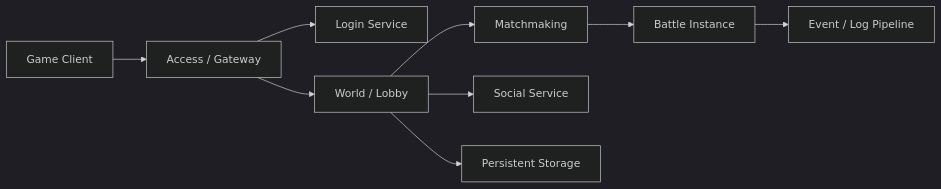
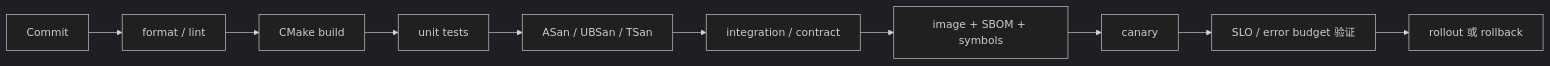
Before and after one commit to Fizgrad/fizgrad.github.io: the tenth of 11 diagrams in blog/cpp_backend.md, drawn with Mermaid (dark theme). The commit also changed other lines of this file and 1 other file, not shown here.

````diff
--- a/blog/cpp_backend.md
+++ b/blog/cpp_backend.md
@@ -2305,11 +1427,12 @@
 ```mermaid
 flowchart LR
-    C["Game Client"] --> A["Access / Gateway"]
-    A --> L["Login Service"]
-    A --> W["World / Lobby"]
-    W --> M["Matchmaking"]
-    M --> B["Battle Instance"]
-    W --> S["Social Service"]
-    W --> DB["Persistent Storage"]
-    B --> MQ["Event / Log Pipeline"]
+    COMMIT["Commit"] --> FORMAT["format / lint"]
+    FORMAT --> BUILD["CMake build"]
+    BUILD --> UNIT["unit tests"]
+    UNIT --> SAN["ASan / UBSan / TSan"]
+    SAN --> INTEGRATION["integration / contract"]
+    INTEGRATION --> IMAGE["image + SBOM + symbols"]
+    IMAGE --> CANARY["canary"]
+    CANARY --> VERIFY["SLO / error budget 验证"]
+    VERIFY --> ROLLOUT["rollout 或 rollback"]
 ```
````
